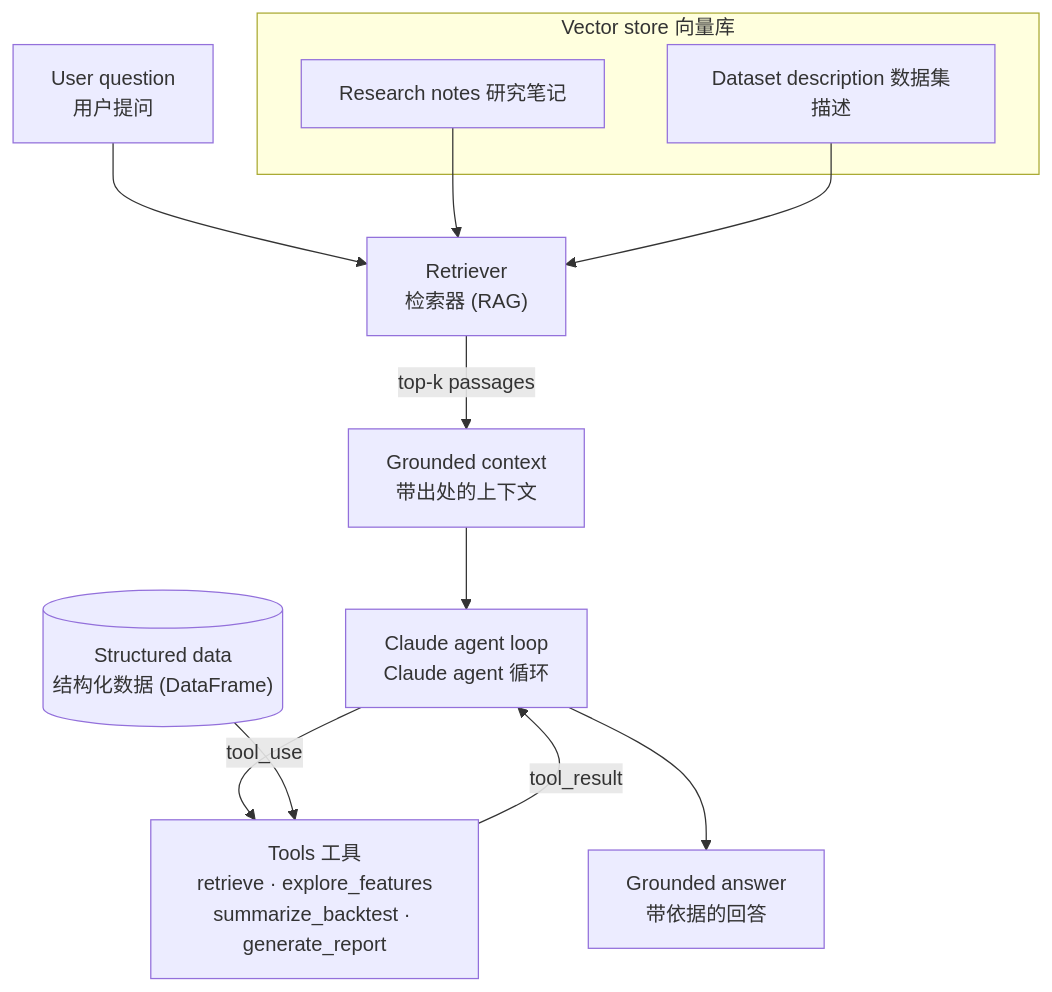
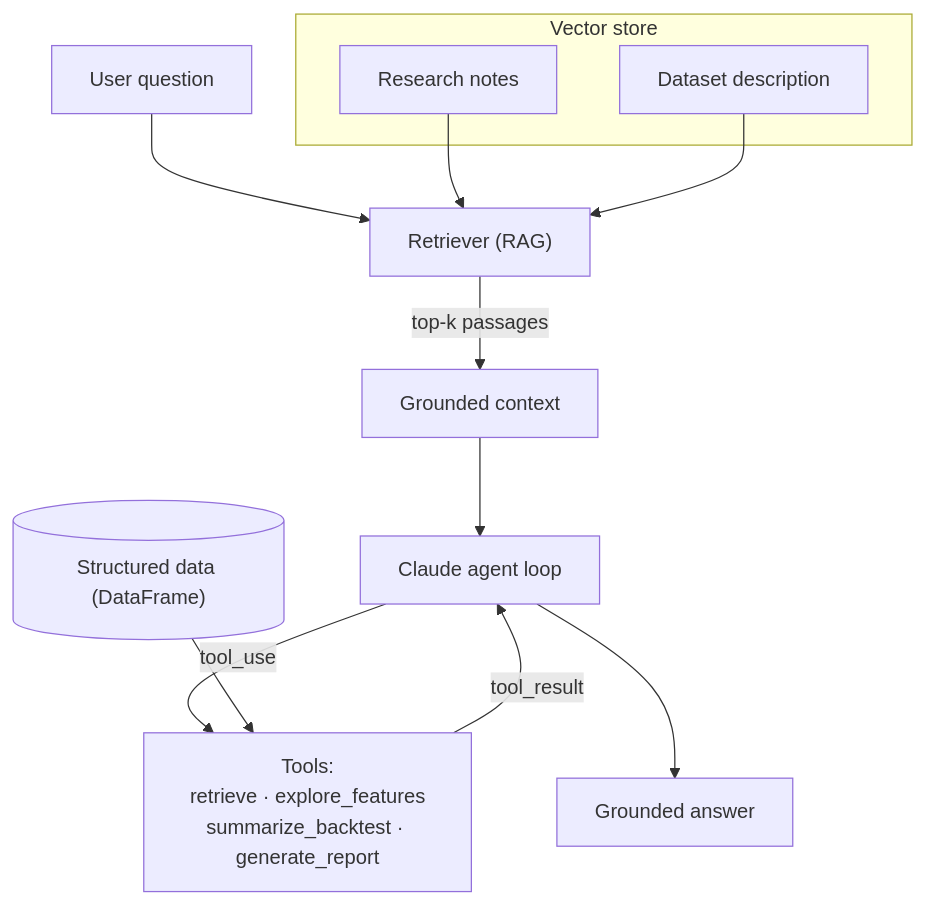
One commit to yuhangYH/quant-assistant changed the diagram in README.md. Above: the diagram before and after it, drawn with Mermaid. The commit also changed other lines of this file and 1 other file, not shown here.

````diff
--- a/README.md
+++ b/README.md
@@ -31,16 +32,16 @@
 ```mermaid
 flowchart TD
-    Q["User question<br/>用户提问"] --> R["Retriever<br/>检索器 (RAG)"]
-    subgraph Index["Vector store 向量库"]
-      N["Research notes 研究笔记"]
-      D["Dataset description 数据集描述"]
+    Q["User question"] --> R["Retriever (RAG)"]
+    subgraph Index["Vector store"]
+      N["Research notes"]
+      D["Dataset description"]
     end
-    R -->|top-k passages| CTX["Grounded context<br/>带出处的上下文"]
+    R -->|top-k passages| CTX["Grounded context"]
     N --> R
     D --> R
-    CTX --> A["Claude agent loop<br/>Claude agent 循环"]
-    A -->|tool_use| T["Tools 工具<br/>retrieve · explore_features<br/>summarize_backtest · generate_report"]
+    CTX --> A["Claude agent loop"]
+    A -->|tool_use| T["Tools:<br/>retrieve · explore_features<br/>summarize_backtest · generate_report"]
     T -->|tool_result| A
-    A --> ANS["Grounded answer<br/>带依据的回答"]
-    DF[("Structured data<br/>结构化数据 (DataFrame)")] --> T
+    A --> ANS["Grounded answer"]
+    DF[("Structured data (DataFrame)")] --> T
 ```
````
